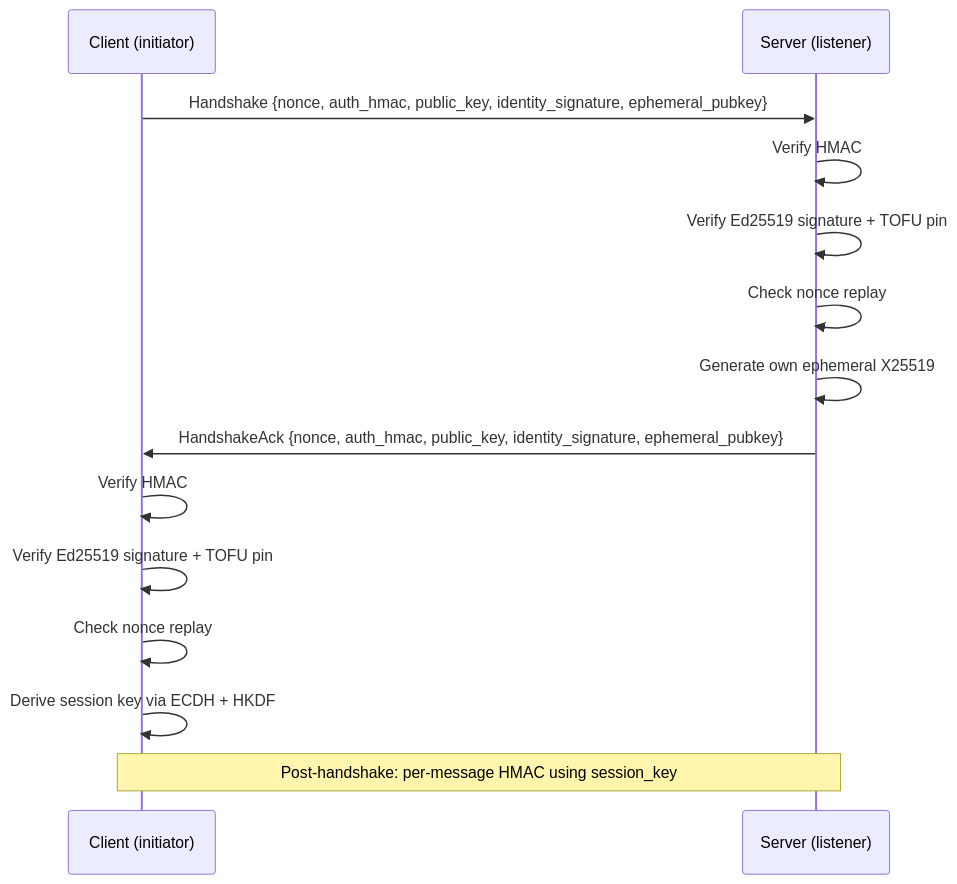
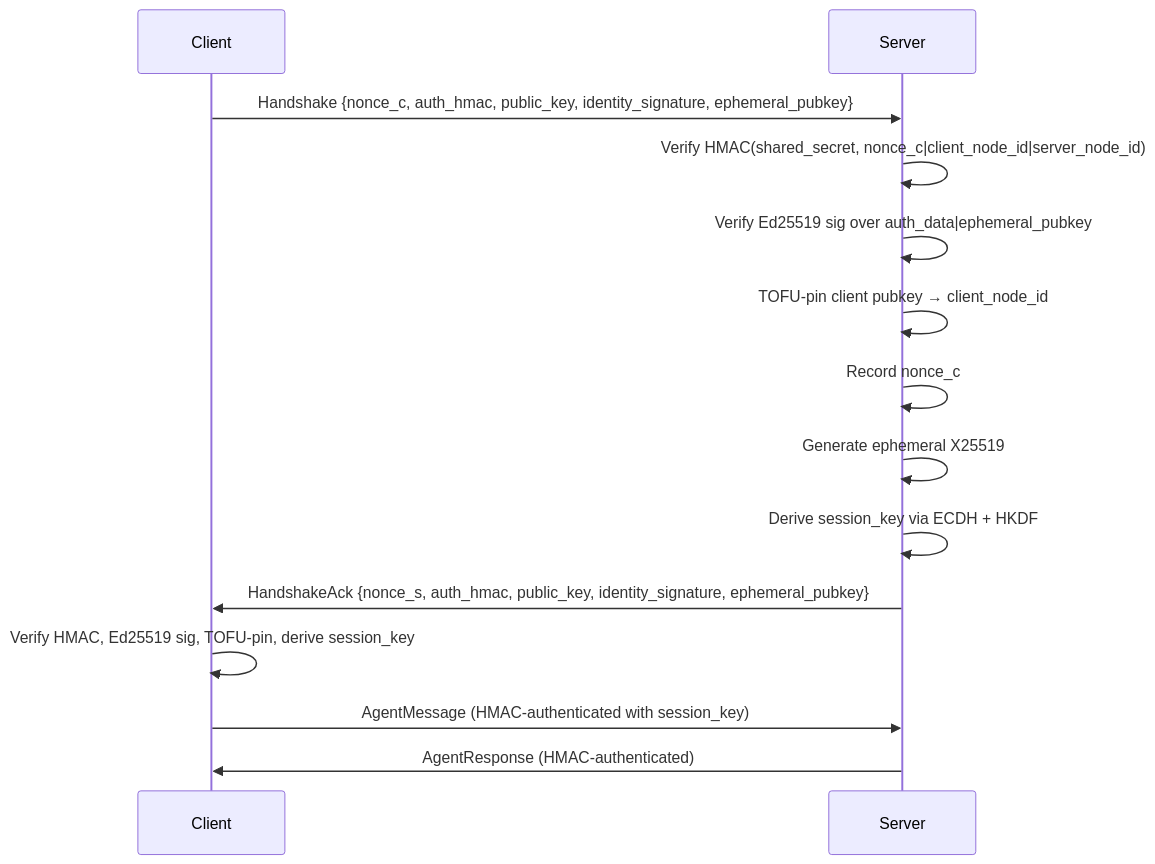
The second of 2 diagrams in wire-protocol-networking.md (leszek3737/librefang-WIki), drawn with Mermaid before and after one commit. The commit also changed other lines of this file and 128 other files, not shown here.

````diff
--- a/wire-protocol-networking.md
+++ b/wire-protocol-networking.md
@@ -133,17 +180,17 @@
 ```mermaid
 sequenceDiagram
-    participant C as Client (initiator)
-    participant S as Server (listener)
+    participant C as Client
+    participant S as Server
 
-    C->>S: Handshake {nonce, auth_hmac, public_key, identity_signature, ephemeral_pubkey}
-    S->>S: Verify HMAC
-    S->>S: Verify Ed25519 signature + TOFU pin
-    S->>S: Check nonce replay
-    S->>S: Generate own ephemeral X25519
-    S->>C: HandshakeAck {nonce, auth_hmac, public_key, identity_signature, ephemeral_pubkey}
-    C->>C: Verify HMAC
-    C->>C: Verify Ed25519 signature + TOFU pin
-    C->>C: Check nonce replay
-    C->>C: Derive session key via ECDH + HKDF
-    Note over C,S: Post-handshake: per-message HMAC using session_key
+    C->>S: Handshake {nonce_c, auth_hmac, public_key, identity_signature, ephemeral_pubkey}
+    S->>S: Verify HMAC(shared_secret, nonce_c|client_node_id|server_node_id)
+    S->>S: Verify Ed25519 sig over auth_data|ephemeral_pubkey
+    S->>S: TOFU-pin client pubkey → client_node_id
+    S->>S: Record nonce_c
+    S->>S: Generate ephemeral X25519
+    S->>S: Derive session_key via ECDH + HKDF
+    S->>C: HandshakeAck {nonce_s, auth_hmac, public_key, identity_signature, ephemeral_pubkey}
+    C->>C: Verify HMAC, Ed25519 sig, TOFU-pin, derive session_key
+    C->>S: AgentMessage (HMAC-authenticated with session_key)
+    S->>C: AgentResponse (HMAC-authenticated)
 ```
````
